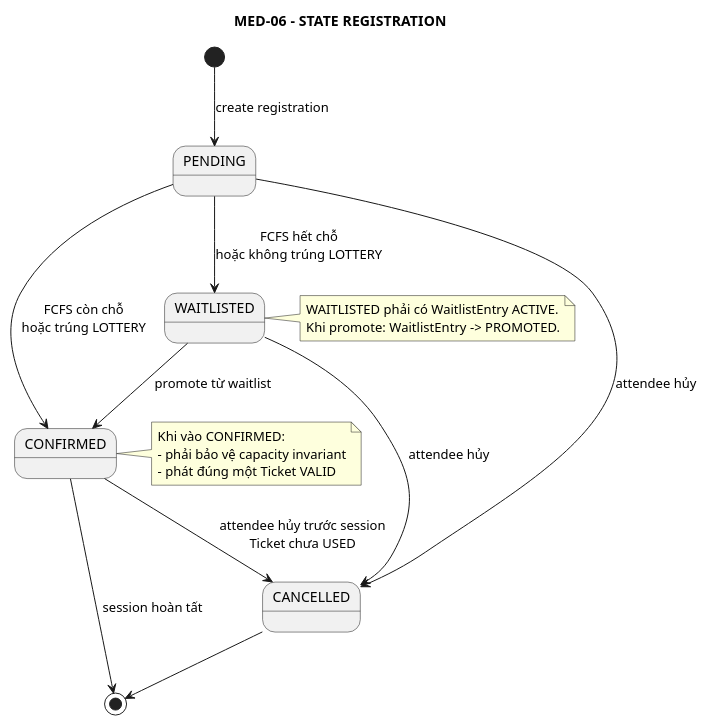
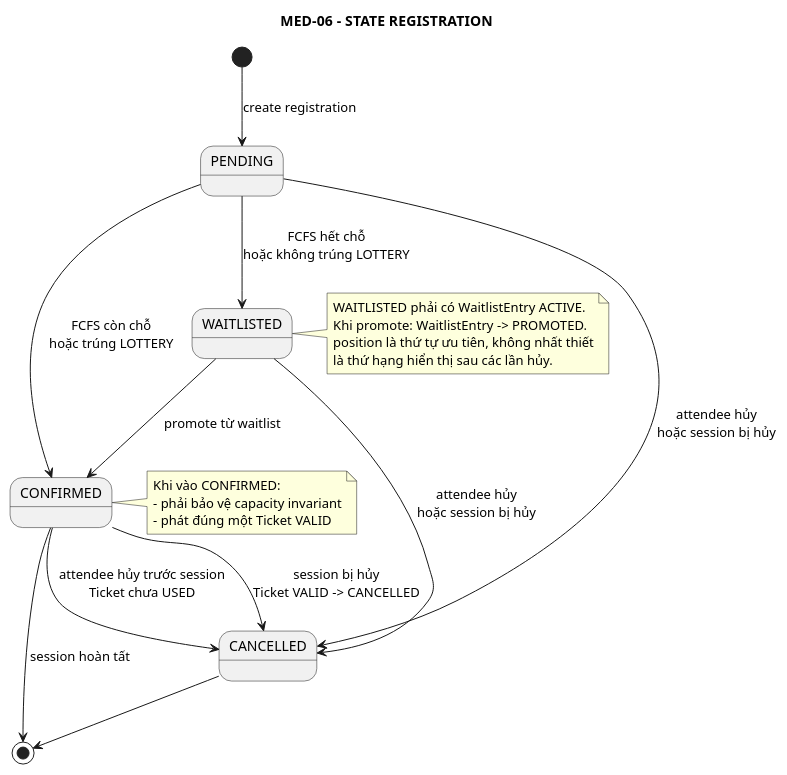
One commit to anh632k-ui/OOP-DoAn changed the diagram in PTTK/07_State/01-registration-state.puml. Above: the diagram before and after it, drawn with PlantUML.

Commit message:
review(pttk): align registration state with session cancellation rule

```diff
--- a/PTTK/07_State/01-registration-state.puml
+++ b/PTTK/07_State/01-registration-state.puml
@@ -1,31 +1,34 @@
 @startuml
 skinparam shadowing false
 
 title MED-06 - STATE REGISTRATION
 
 [*] --> PENDING : create registration
 
 PENDING --> CONFIRMED : FCFS còn chỗ\nhoặc trúng LOTTERY
 PENDING --> WAITLISTED : FCFS hết chỗ\nhoặc không trúng LOTTERY
-PENDING --> CANCELLED : attendee hủy
+PENDING --> CANCELLED : attendee hủy\nhoặc session bị hủy
 
 WAITLISTED --> CONFIRMED : promote từ waitlist
-WAITLISTED --> CANCELLED : attendee hủy
+WAITLISTED --> CANCELLED : attendee hủy\nhoặc session bị hủy
 
 CONFIRMED --> CANCELLED : attendee hủy trước session\nTicket chưa USED
+CONFIRMED --> CANCELLED : session bị hủy\nTicket VALID -> CANCELLED
 
 CONFIRMED --> [*] : session hoàn tất
 CANCELLED --> [*]
 
 note right of CONFIRMED
 Khi vào CONFIRMED:
 - phải bảo vệ capacity invariant
 - phát đúng một Ticket VALID
 end note
 
 note right of WAITLISTED
 WAITLISTED phải có WaitlistEntry ACTIVE.
 Khi promote: WaitlistEntry -> PROMOTED.
+position là thứ tự ưu tiên, không nhất thiết
+là thứ hạng hiển thị sau các lần hủy.
 end note
 
 @enduml
```
